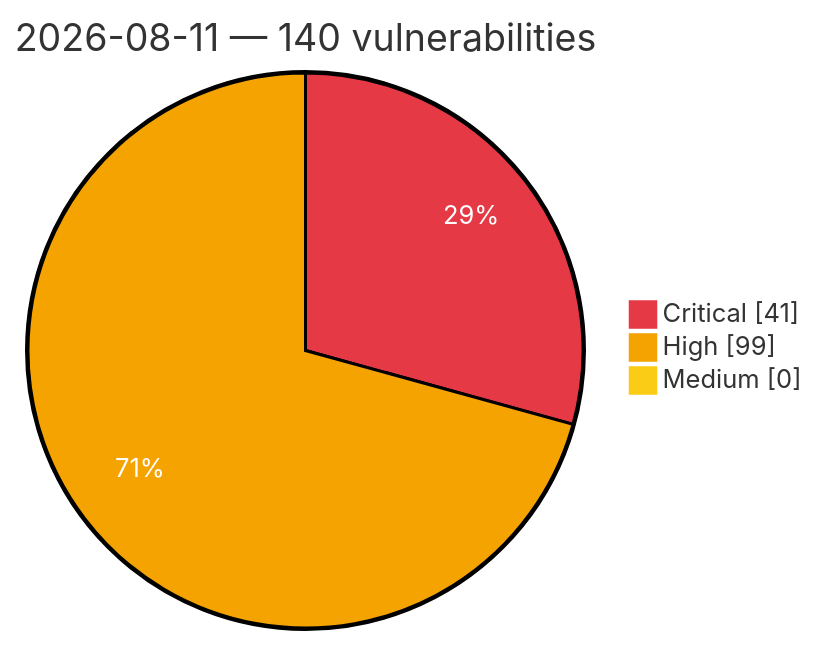
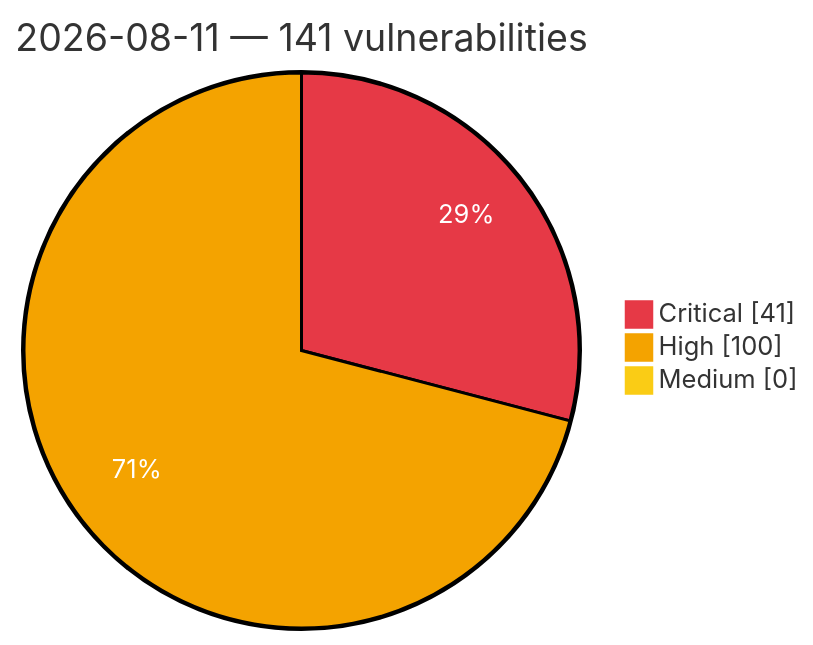
One commit to GhostX0X/vuln-tracker changed the diagram in vulnerabilities/2026/August/2026-08-11.md. Above: the diagram before and after it, drawn with Mermaid. The commit also changed other lines of this file and 7 other files, not shown here.

````diff
--- a/vulnerabilities/2026/August/2026-08-11.md
+++ b/vulnerabilities/2026/August/2026-08-11.md
@@ -3,8 +3,8 @@
 ```mermaid
 %%{init: {'theme':'base', 'themeVariables': {'pie1':'#e63946', 'pie2':'#f4a300', 'pie3':'#facc15', 'pieOpacity':'1', 'pieOuterStrokeWidth':'2px', 'pieSectionTextColor':'#ffffff'}}}%%
 pie showData
-    title 2026-08-11 — 140 vulnerabilities
+    title 2026-08-11 — 141 vulnerabilities
     "Critical" : 41
-    "High" : 99
+    "High" : 100
     "Medium" : 0
 ```
````
